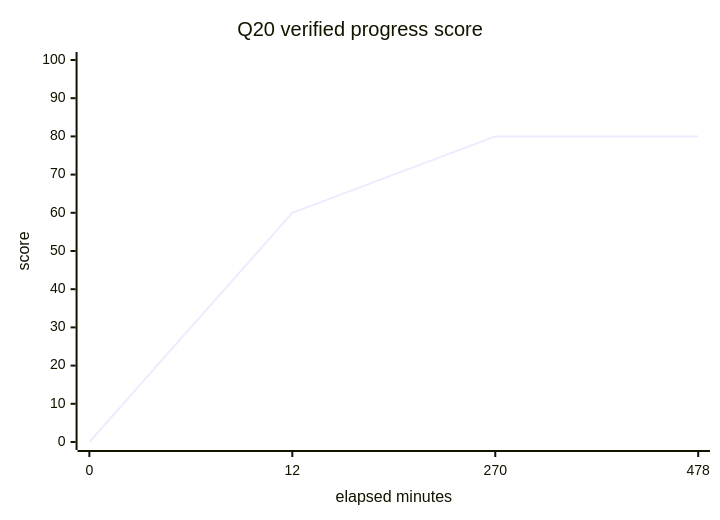
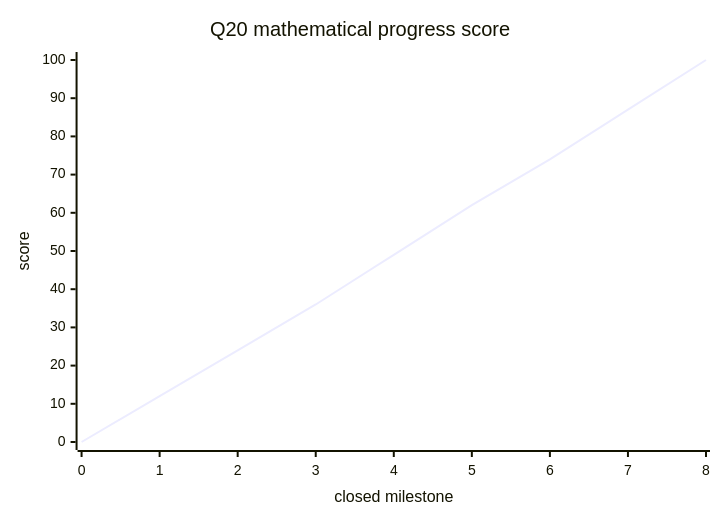
One commit to LuNa-shi/murm changed the diagram in docs/experiments/q20-score-curve.md. Above: the diagram before and after it, drawn with Mermaid. The commit also changed other lines of this file and 1 other file, not shown here.

Commit message:
docs: derive Q20 score from proof obligations

````diff
--- a/docs/experiments/q20-score-curve.md
+++ b/docs/experiments/q20-score-curve.md
@@ -21,7 +35,7 @@
 ```mermaid
 xychart-beta
-    title "Q20 verified progress score"
-    x-axis "elapsed minutes" [0, 12, 270, 478]
+    title "Q20 mathematical progress score"
+    x-axis "closed milestone" [0, 1, 2, 3, 4, 5, 6, 7, 8]
     y-axis "score" 0 --> 100
-    line "EXP-20261117-03 · 8h" [0, 60, 80, 80]
+    line [0, 12, 24, 36, 49, 62, 74, 87, 100]
 ```
````
